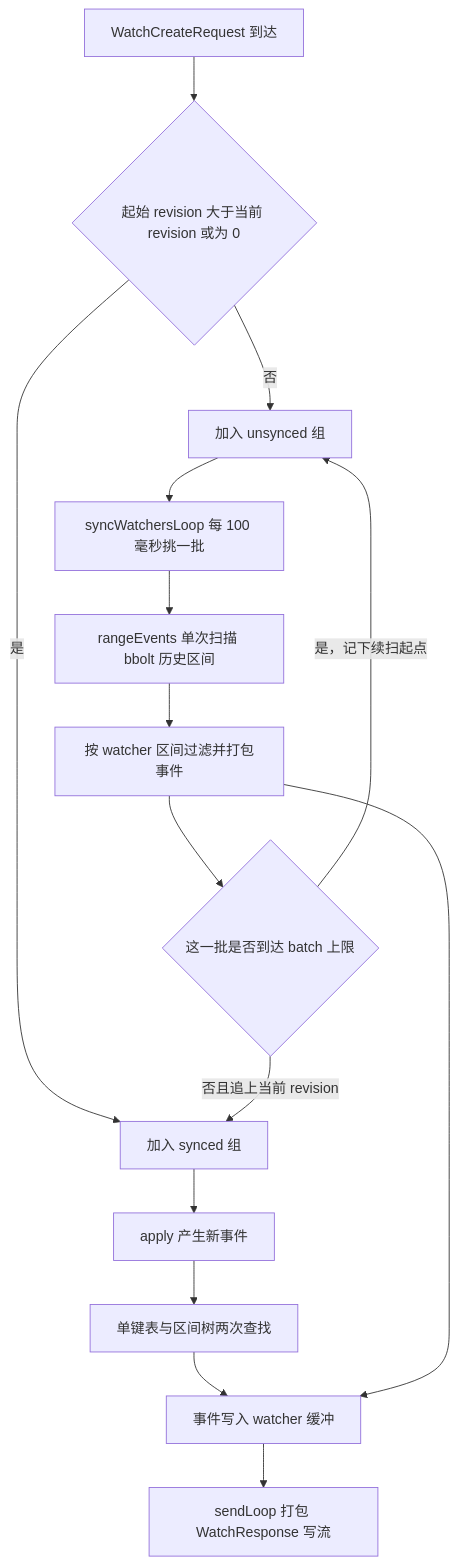
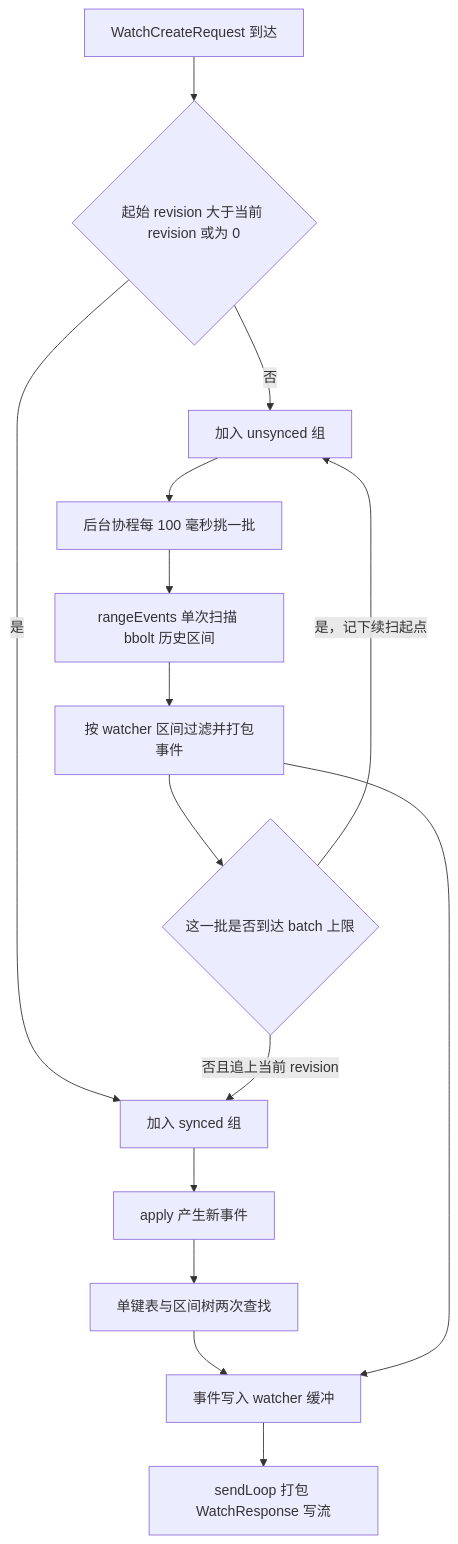
The second of 4 diagrams in content/中间件/ETCD/04 Watch 与 Lease——事件流与带时限的键.md (hpliStartAgain/my-brain), drawn with Mermaid before and after one commit. The commit also changed other lines of this file and 4 other files, not shown here.

````diff
--- a/content/中间件/ETCD/04 Watch 与 Lease——事件流与带时限的键.md
+++ b/content/中间件/ETCD/04 Watch 与 Lease——事件流与带时限的键.md
@@ -146,18 +119,18 @@
 ```mermaid
 %%{init: {'theme': 'dracula'}}%%
 flowchart TD
     A["WatchCreateRequest 到达"] --> B{"起始 revision 大于当前 revision 或为 0"}
     B -->|"是"| D["加入 synced 组"]
     B -->|"否"| C["加入 unsynced 组"]
-    C --> E["syncWatchersLoop 每 100 毫秒挑一批"]
+    C --> E["后台协程每 100 毫秒挑一批"]
     E --> F["rangeEvents 单次扫描 bbolt 历史区间"]
     F --> G["按 watcher 区间过滤并打包事件"]
     G --> H{"这一批是否到达 batch 上限"}
     H -->|"是，记下续扫起点"| C
     H -->|"否且追上当前 revision"| D
     D --> I["apply 产生新事件"]
     I --> J["单键表与区间树两次查找"]
     J --> K["事件写入 watcher 缓冲"]
     G --> K
     K --> L["sendLoop 打包 WatchResponse 写流"]
 ```
````
